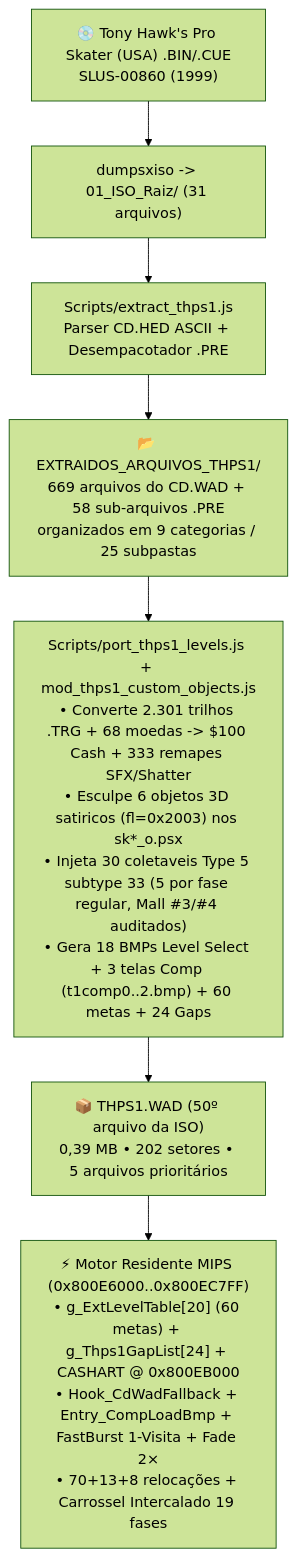
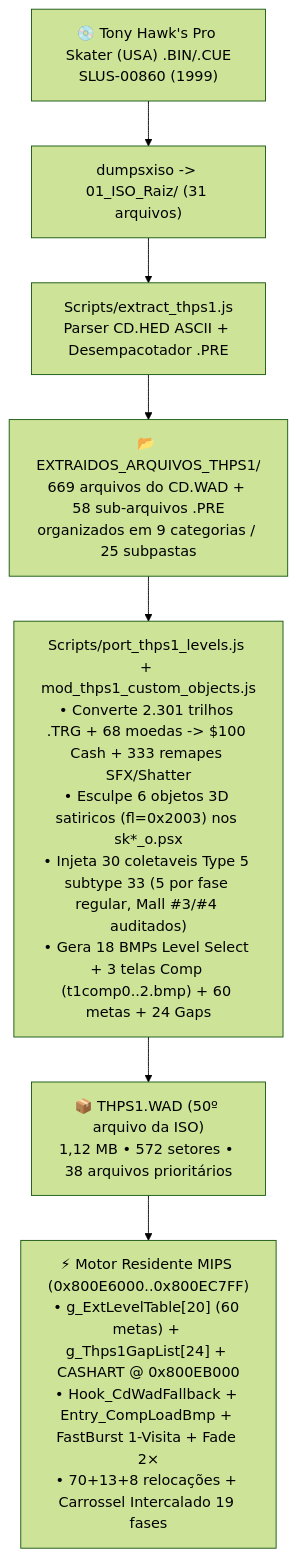
The diagram in Docs/MAPA_14_THPS1_ARQUIVOS_E_ENGENHARIA_REVERSA.md (WagnerxOliveira/Tony_Hawk-s_Pro_Skater_2_Mod_PSX), drawn with Mermaid (forest theme) before and after one commit. The commit also changed other lines of this file and 15 other files, not shown here.

````diff
--- a/Docs/MAPA_14_THPS1_ARQUIVOS_E_ENGENHARIA_REVERSA.md
+++ b/Docs/MAPA_14_THPS1_ARQUIVOS_E_ENGENHARIA_REVERSA.md
@@ -24,9 +24,9 @@
 ```mermaid
 flowchart TB
     ISO["💿 Tony Hawk's Pro Skater (USA) .BIN/.CUE<br/>SLUS-00860 (1999)"] --> DUMP["dumpsxiso -> 01_ISO_Raiz/ (31 arquivos)"]
     DUMP --> EXT["Scripts/extract_thps1.js<br/>Parser CD.HED ASCII + Desempacotador .PRE"]
     EXT --> TREE["📂 EXTRAIDOS_ARQUIVOS_THPS1/<br/>669 arquivos do CD.WAD + 58 sub-arquivos .PRE<br/>organizados em 9 categorias / 25 subpastas"]
     TREE --> PORT["Scripts/port_thps1_levels.js + mod_thps1_custom_objects.js<br/>• Converte 2.301 trilhos .TRG + 68 moedas -> $100 Cash + 333 remapes SFX/Shatter<br/>• Esculpe 6 objetos 3D satiricos (fl=0x2003) nos sk*_o.psx<br/>• Injeta 30 coletaveis Type 5 subtype 33 (5 por fase regular, Mall #3/#4 auditados)<br/>• Gera 18 BMPs Level Select + 3 telas Comp (t1comp0..2.bmp) + 60 metas + 24 Gaps"]
-    PORT --> WAD["📦 THPS1.WAD (50º arquivo da ISO)<br/>0,39 MB • 202 setores • 5 arquivos prioritários"]
+    PORT --> WAD["📦 THPS1.WAD (50º arquivo da ISO)<br/>1,12 MB • 572 setores • 38 arquivos prioritários"]
     WAD --> ENG["⚡ Motor Residente MIPS (0x800E6000..0x800EC7FF)<br/>• g_ExtLevelTable[20] (60 metas) + g_Thps1GapList[24] + CASHART @ 0x800EB000<br/>• Hook_CdWadFallback + Entry_CompLoadBmp + FastBurst 1-Visita + Fade 2×<br/>• 70+13+8 relocações + Carrossel Intercalado 19 fases"]
 ```
````
